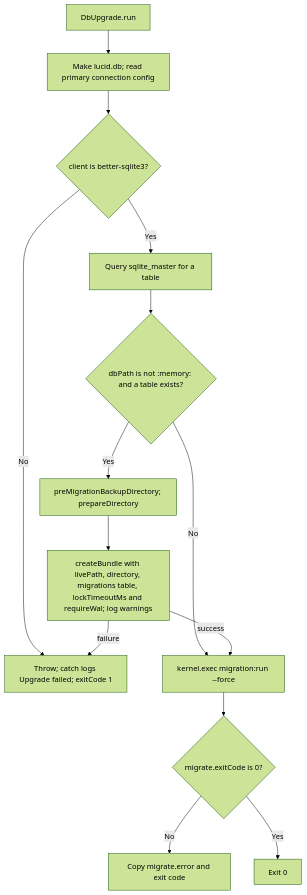
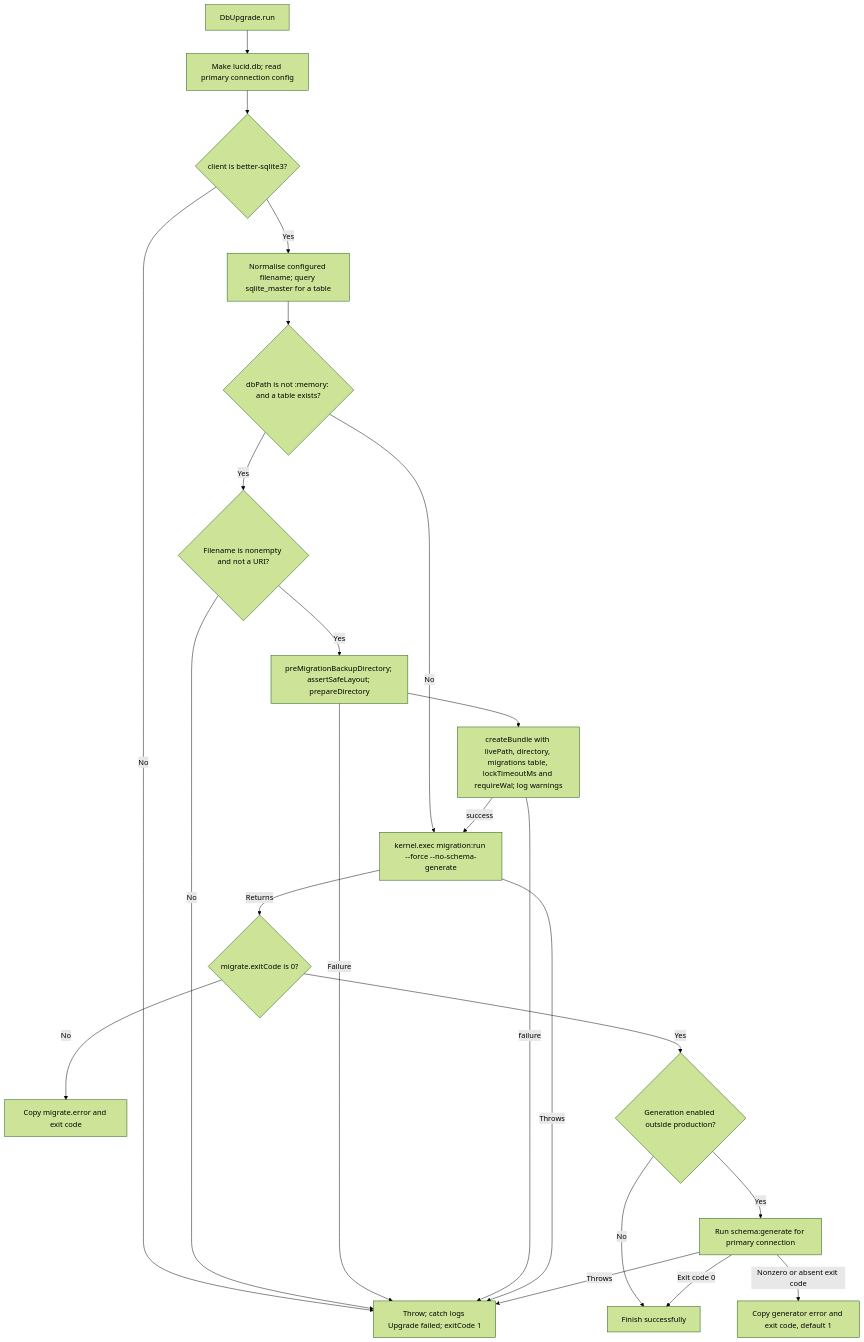
Before and after one commit to Kevinjohn/oss-adonisjs-sqlite-backup: the second of 2 diagrams in user-stories/upgrade-database/us-op-06-upgrade-database.md, drawn with Mermaid (forest theme). The commit also changed other lines of this file and 12 other files, not shown here.

````diff
--- a/user-stories/upgrade-database/us-op-06-upgrade-database.md
+++ b/user-stories/upgrade-database/us-op-06-upgrade-database.md
@@ -46,16 +47,25 @@
 ```mermaid
 flowchart TD
     A["DbUpgrade.run"] --> B["Make lucid.db; read primary connection config"]
     B --> C{"client is better-sqlite3?"}
     C -->|No| X["Throw; catch logs Upgrade failed; exitCode 1"]
-    C -->|Yes| D["Query sqlite_master for a table"]
+    C -->|Yes| D["Normalise configured filename; query sqlite_master for a table"]
     D --> E{"dbPath is not :memory: and a table exists?"}
-    E -->|No| H["kernel.exec migration:run --force"]
-    E -->|Yes| F["preMigrationBackupDirectory; prepareDirectory"]
+    E -->|No| H["kernel.exec migration:run --force --no-schema-generate"]
+    E -->|Yes| F1{"Filename is nonempty and not a URI?"}
+    F1 -->|No| X
+    F1 -->|Yes| F["preMigrationBackupDirectory; assertSafeLayout; prepareDirectory"]
+    F -->|Failure| X
     F --> G["createBundle with livePath, directory, migrations table, lockTimeoutMs and requireWal; log warnings"]
     G -->|failure| X
     G -->|success| H
-    H --> I{"migrate.exitCode is 0?"}
+    H -->|Throws| X
+    H -->|Returns| I{"migrate.exitCode is 0?"}
     I -->|No| J["Copy migrate.error and exit code"]
-    I -->|Yes| K["Exit 0"]
+    I -->|Yes| K{"Generation enabled outside production?"}
+    K -->|No| L["Finish successfully"]
+    K -->|Yes| M["Run schema:generate for primary connection"]
+    M -->|Throws| X
+    M -->|Nonzero or absent exit code| N["Copy generator error and exit code, default 1"]
+    M -->|Exit code 0| L
 ```
````
